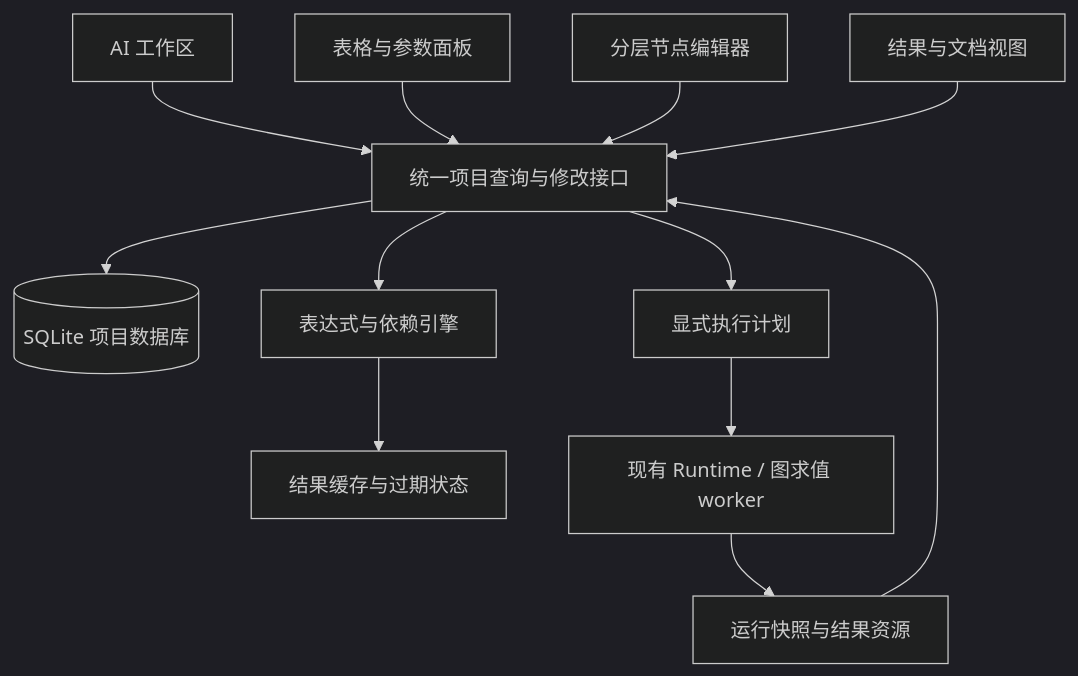
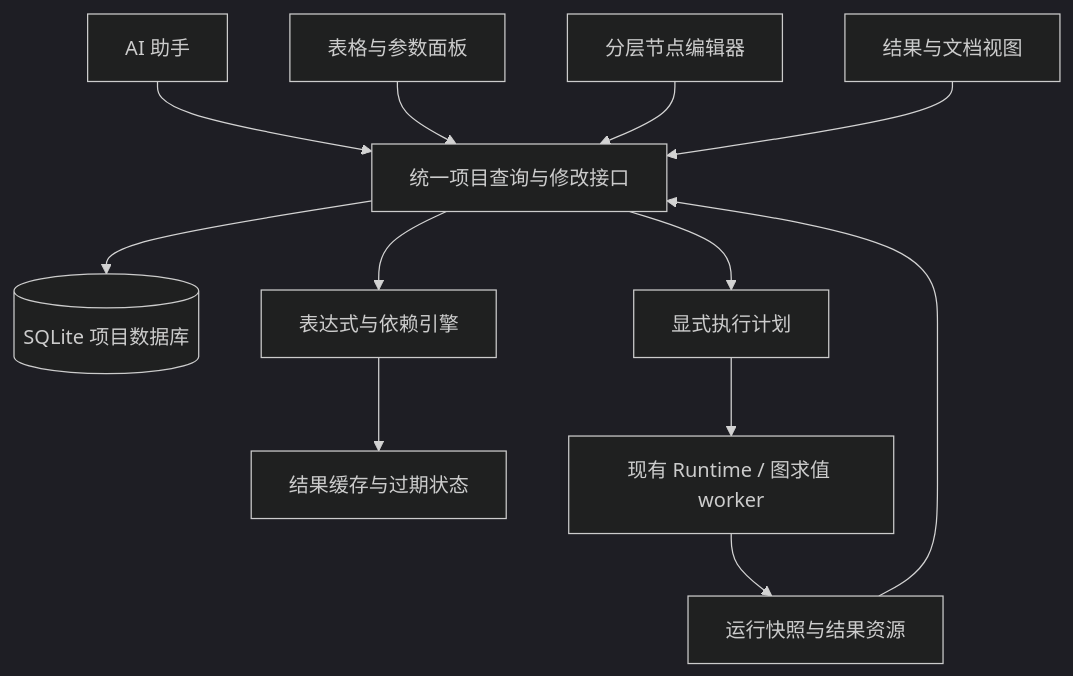
One commit to sijintech/stk changed the diagram in docs/design/project-model.md. Above: the diagram before and after it, drawn with Mermaid (dark theme). The commit also changed 48 other files, not shown here.

````diff
--- a/docs/design/project-model.md
+++ b/docs/design/project-model.md
@@ -33,14 +33,14 @@
 ```mermaid
 flowchart TD
-    AI[AI 工作区] --> API[统一项目查询与修改接口]
+    AI[AI 助手] --> API[统一项目查询与修改接口]
     Table[表格与参数面板] --> API
     Graph[分层节点编辑器] --> API
     View[结果与文档视图] --> API
     API --> DB[(SQLite 项目数据库)]
     API --> Eval[表达式与依赖引擎]
     Eval --> State[结果缓存与过期状态]
     API --> Exec[显式执行计划]
     Exec --> Runtime[现有 Runtime / 图求值 worker]
     Runtime --> Result[运行快照与结果资源]
     Result --> API
 ```
````
